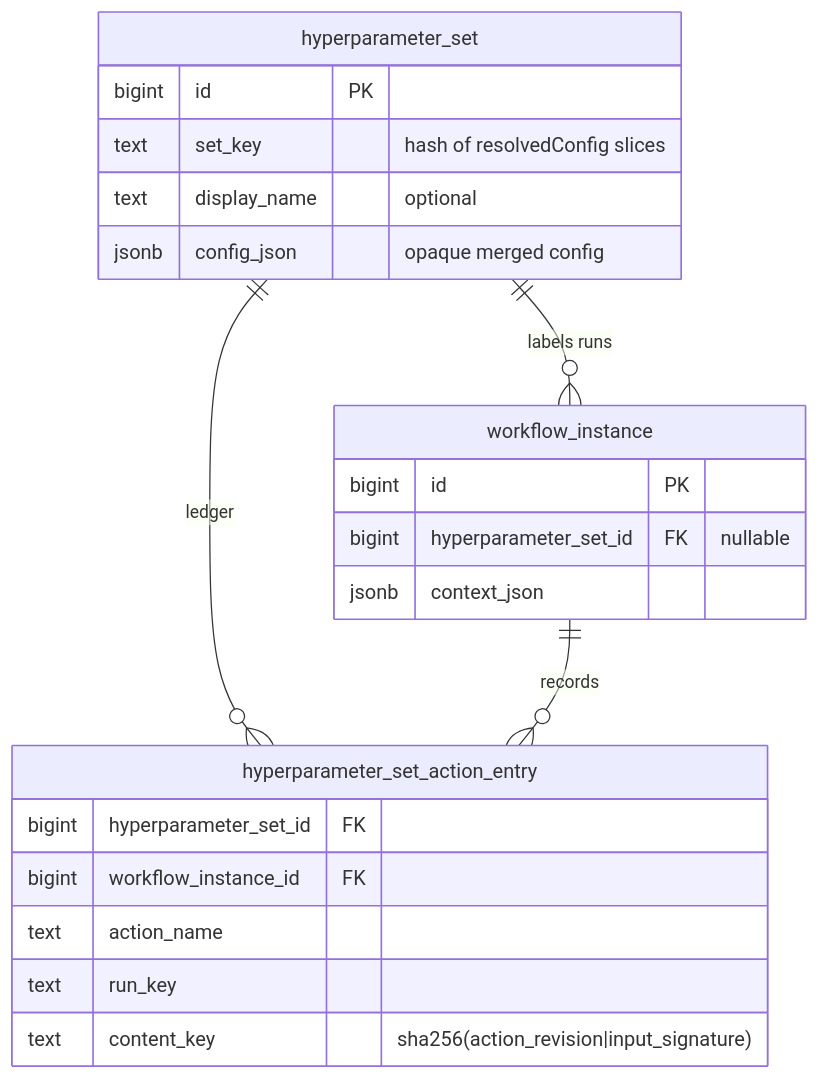
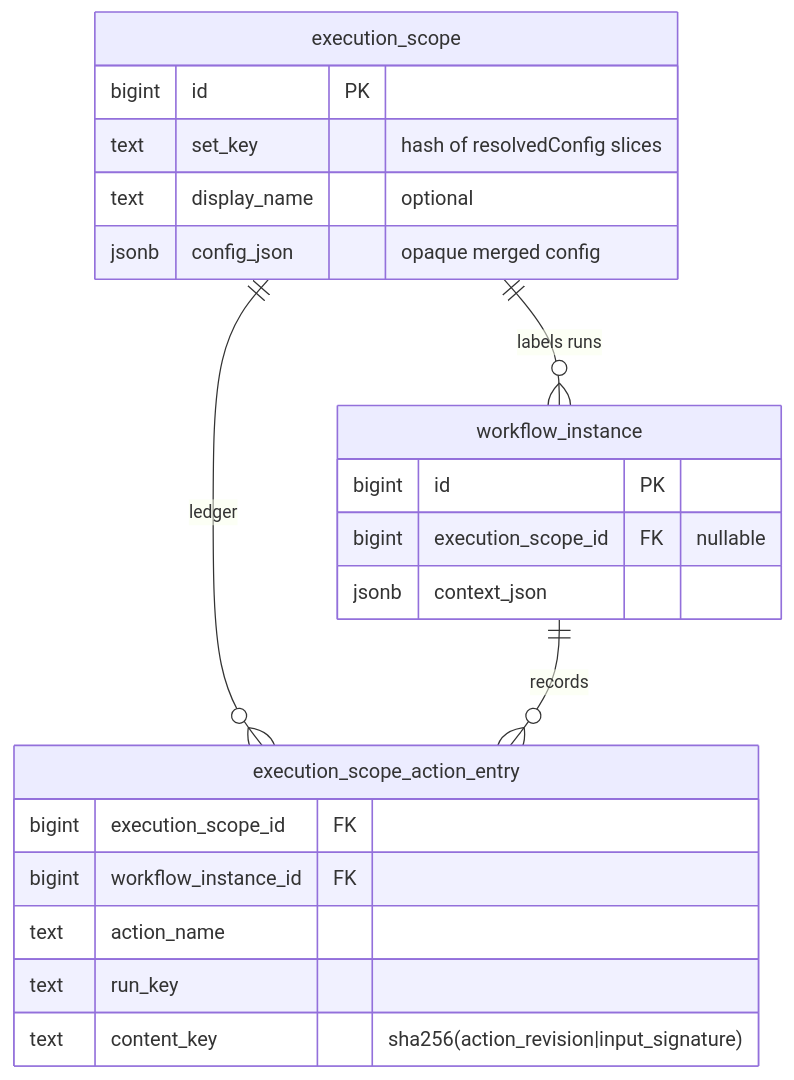
One commit to Goliath-Research/GoliathWorkflow changed the ninth of 15 diagrams in workflow_engine/docs/pipeline_architecture.md. Above: the diagram before and after it, drawn with Mermaid. The commit also changed other lines of this file and 64 other files, not shown here.

First line of the commit message:
Refactor hyperparameter set to execution scope terminology and update related documentation

````diff
--- a/workflow_engine/docs/pipeline_architecture.md
+++ b/workflow_engine/docs/pipeline_architecture.md
@@ -633,24 +633,24 @@
 ```mermaid
 erDiagram
-  hyperparameter_set ||--o{ workflow_instance : "labels runs"
-  hyperparameter_set ||--o{ hyperparameter_set_action_entry : "ledger"
-  workflow_instance ||--o{ hyperparameter_set_action_entry : "records"
-  hyperparameter_set {
+  execution_scope ||--o{ workflow_instance : "labels runs"
+  execution_scope ||--o{ execution_scope_action_entry : "ledger"
+  workflow_instance ||--o{ execution_scope_action_entry : "records"
+  execution_scope {
     bigint id PK
     text set_key "hash of resolvedConfig slices"
     text display_name "optional"
     jsonb config_json "opaque merged config"
   }
   workflow_instance {
     bigint id PK
-    bigint hyperparameter_set_id FK "nullable"
+    bigint execution_scope_id FK "nullable"
     jsonb context_json
   }
-  hyperparameter_set_action_entry {
-    bigint hyperparameter_set_id FK
+  execution_scope_action_entry {
+    bigint execution_scope_id FK
     bigint workflow_instance_id FK
     text action_name
     text run_key
     text content_key "sha256(action_revision|input_signature)"
   }
 ```
````
